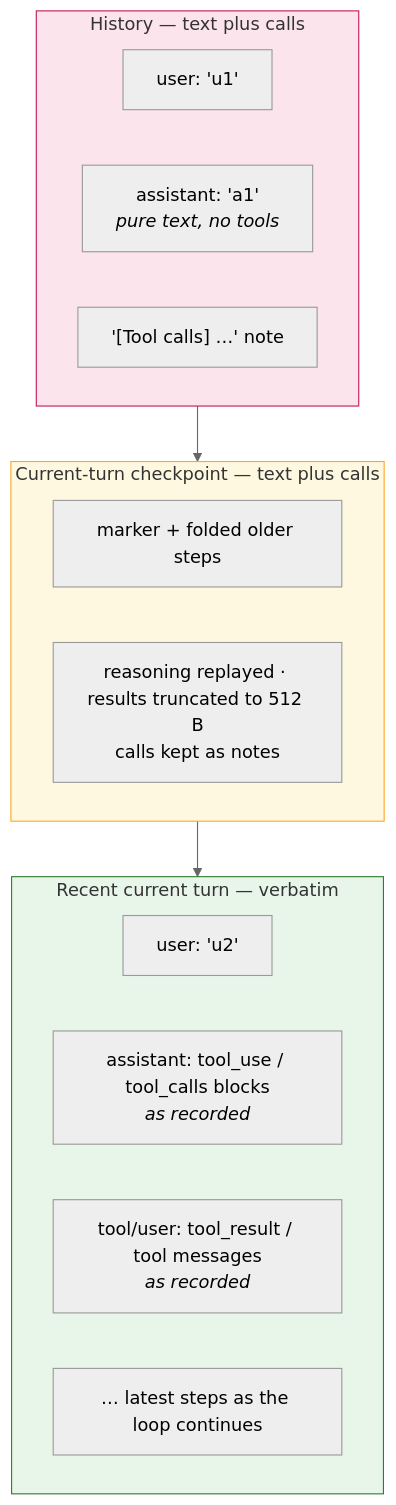
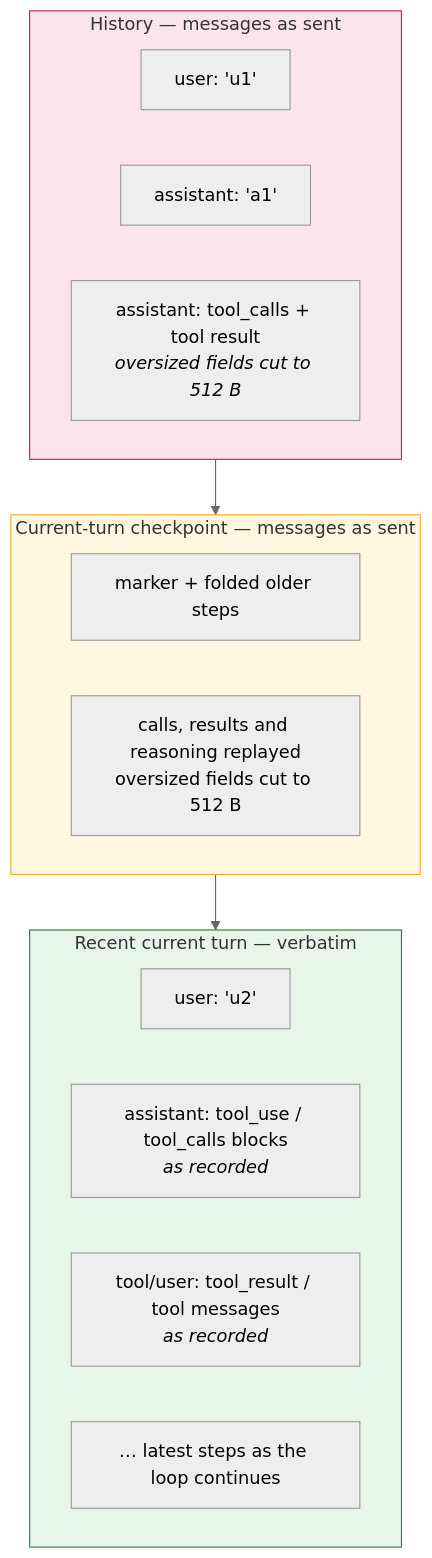
The second of 3 diagrams in docs/architecture/context.md (kingye/jyc), drawn with Mermaid (neutral theme) before and after one commit. The commit also changed other lines of this file and 11 other files, not shown here.

````diff
--- a/docs/architecture/context.md
+++ b/docs/architecture/context.md
@@ -269,22 +266,22 @@
 ```mermaid
 flowchart TB
-    subgraph R1["History — text plus calls"]
+    subgraph R1["History — messages as sent"]
         R1U["user: 'u1'"]
-        R1A["assistant: 'a1'<br/><i>pure text, no tools</i>"]
-        R1N["'[Tool calls] …' note"]
+        R1A["assistant: 'a1'"]
+        R1N["assistant: tool_calls + tool result<br/><i>oversized fields cut to 512 B</i>"]
     end
-    subgraph R3["Current-turn checkpoint — text plus calls"]
+    subgraph R3["Current-turn checkpoint — messages as sent"]
         R3M["marker + folded older steps"]
-        R3N["reasoning replayed · results truncated to 512 B<br/>calls kept as notes"]
+        R3N["calls, results and reasoning replayed<br/>oversized fields cut to 512 B"]
     end
     subgraph R2["Recent current turn — verbatim"]
         R2U["user: 'u2'"]
         R2ATU["assistant: tool_use / tool_calls blocks<br/><i>as recorded</i>"]
         R2TR["tool/user: tool_result / tool messages<br/><i>as recorded</i>"]
         R2MORE["… latest steps as the loop continues"]
     end
     R1 --> R3 --> R2
     style R1 fill:#fce4ec,stroke:#c2185b
     style R3 fill:#fff8e1,stroke:#f9a825
     style R2 fill:#e8f5e9,stroke:#2e7d32
 ```
````
